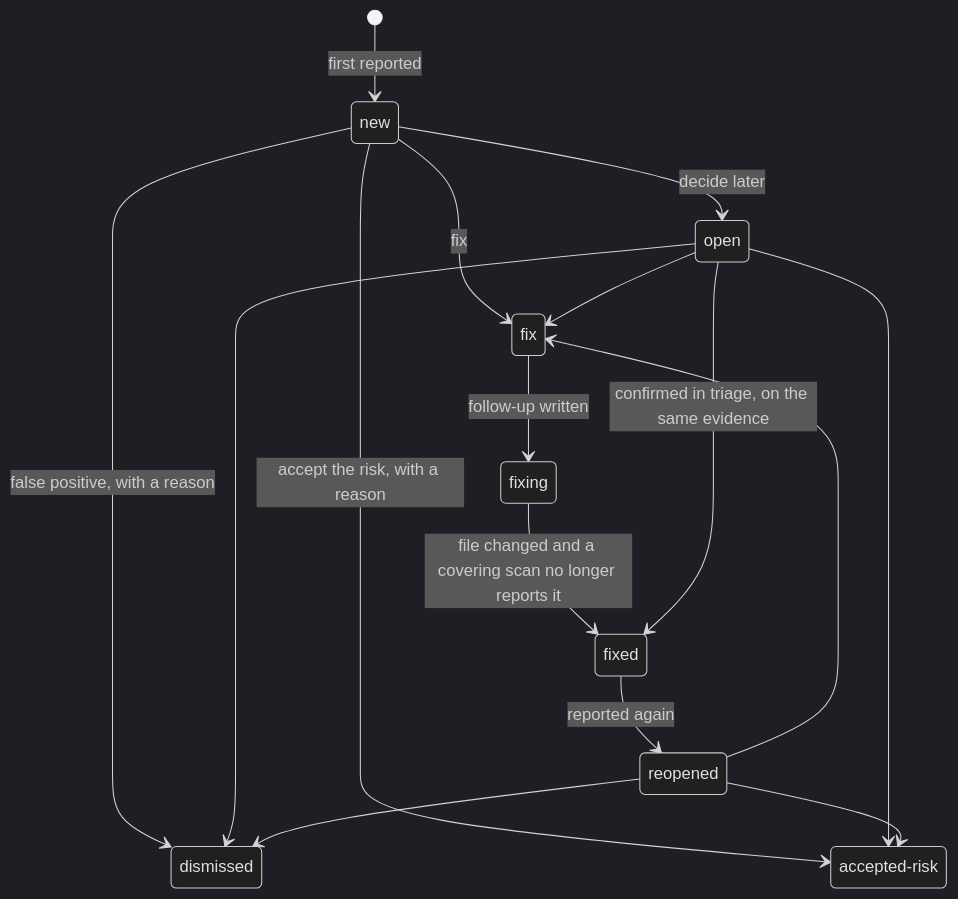
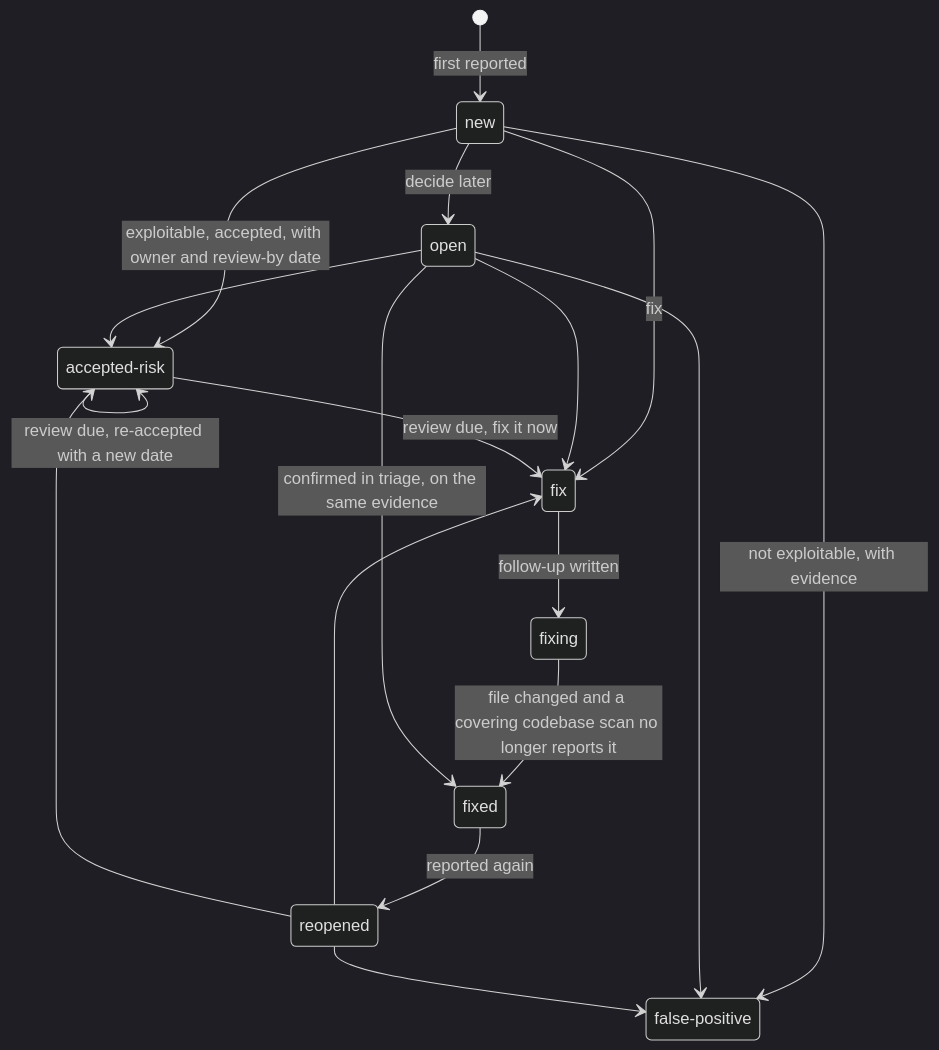
The second of 2 diagrams in docs/superpowers/specs/2026-10-15-security-workflows-scan-design.md (ihudak/ai-workflows), drawn with Mermaid (dark theme) before and after one commit. The commit also changed other lines of this file, not shown here.

First line of the commit message:
docs(spec): security-workflows review round 1 — effort per scan kind, false-positive vs accepted-risk, risks re-checked

````diff
--- a/docs/superpowers/specs/2026-10-15-security-workflows-scan-design.md
+++ b/docs/superpowers/specs/2026-10-15-security-workflows-scan-design.md
@@ -198,19 +267,22 @@
 ```mermaid
 stateDiagram-v2
+    state "false-positive" as false_positive
     state "accepted-risk" as accepted_risk
     [*] --> new: first reported
     new --> open: decide later
     new --> fix: fix
-    new --> dismissed: false positive, with a reason
-    new --> accepted_risk: accept the risk, with a reason
+    new --> false_positive: not exploitable, with evidence
+    new --> accepted_risk: exploitable, accepted, with owner and review-by date
     open --> fix
-    open --> dismissed
+    open --> false_positive
     open --> accepted_risk
+    accepted_risk --> accepted_risk: review due, re-accepted with a new date
+    accepted_risk --> fix: review due, fix it now
     fix --> fixing: follow-up written
-    fixing --> fixed: file changed and a covering scan no longer reports it
+    fixing --> fixed: file changed and a covering codebase scan no longer reports it
     open --> fixed: confirmed in triage, on the same evidence
     fixed --> reopened: reported again
     reopened --> fix
-    reopened --> dismissed
+    reopened --> false_positive
     reopened --> accepted_risk
 ```
````
